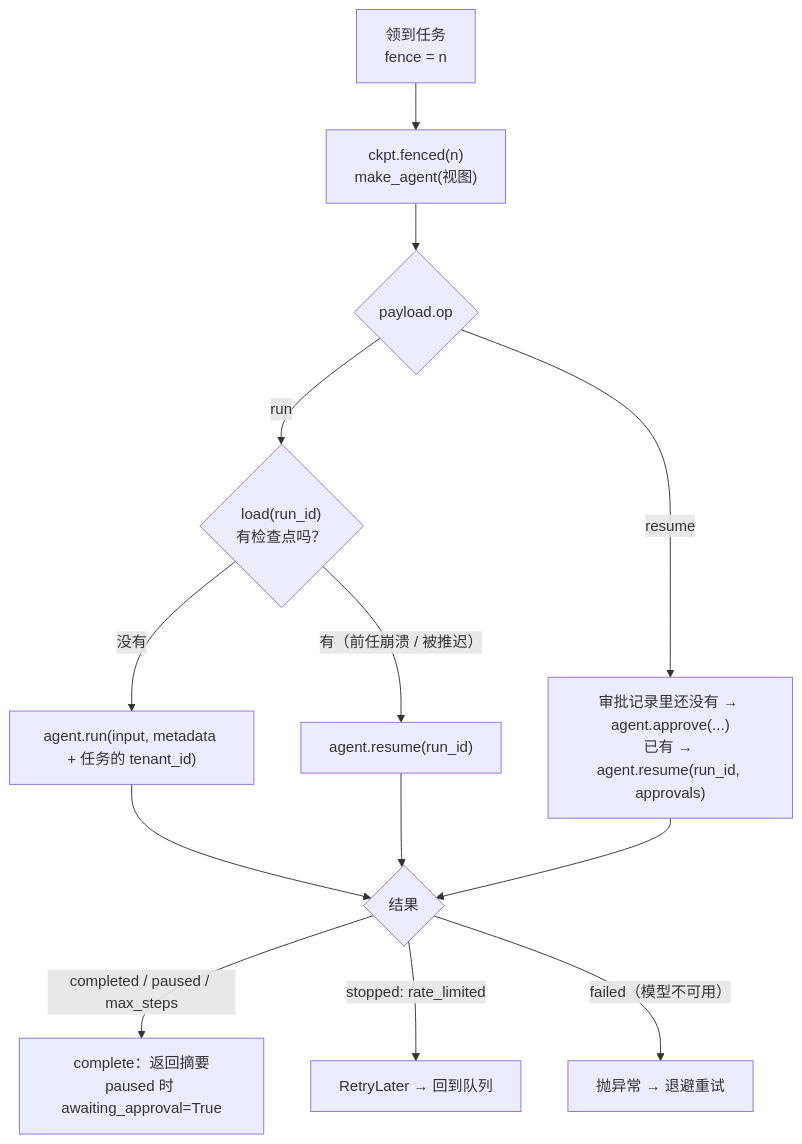
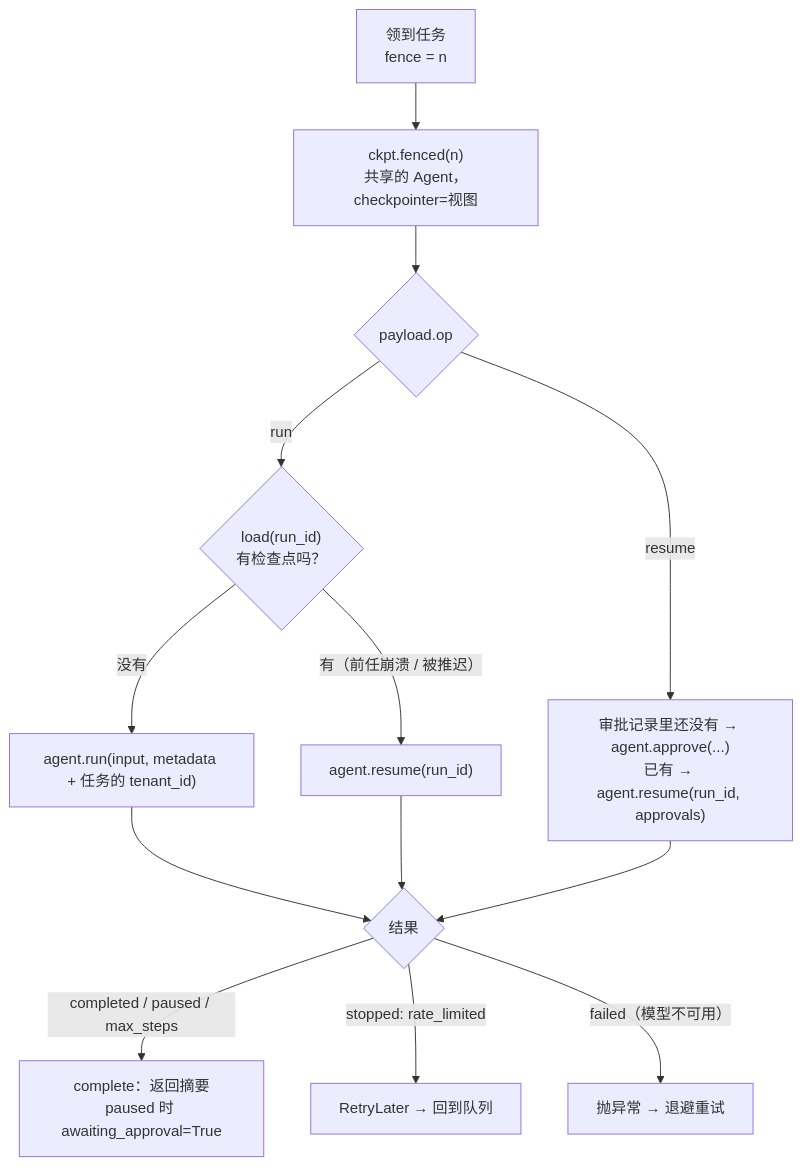
Before and after one commit to heaven999b/hello-agent-system: the fourth of 4 diagrams in lessons/26_state_and_queues/README.md, drawn with Mermaid. The commit also changed other lines of this file and 21 other files, not shown here.

````diff
--- a/lessons/26_state_and_queues/README.md
+++ b/lessons/26_state_and_queues/README.md
@@ -413,13 +415,13 @@
 ```mermaid
 flowchart TB
-    J["领到任务<br/>fence = n"] --> V["ckpt.fenced(n)<br/>make_agent(视图)"]
+    J["领到任务<br/>fence = n"] --> V["ckpt.fenced(n)<br/>共享的 Agent，checkpointer=视图"]
     V --> OP{"payload.op"}
     OP -->|run| L{"load(run_id)<br/>有检查点吗？"}
     L -->|"没有"| RUN["agent.run(input, metadata + 任务的 tenant_id)"]
     L -->|"有（前任崩溃 / 被推迟）"| RES["agent.resume(run_id)"]
     OP -->|resume| AP["审批记录里还没有 → agent.approve(...)<br/>已有 → agent.resume(run_id, approvals)"]
     RUN & RES & AP --> OUT{"结果"}
     OUT -->|"completed / paused / max_steps"| C["complete：返回摘要<br/>paused 时 awaiting_approval=True"]
     OUT -->|"stopped: rate_limited"| D["RetryLater → 回到队列"]
     OUT -->|"failed（模型不可用）"| F["抛异常 → 退避重试"]
 ```
````
